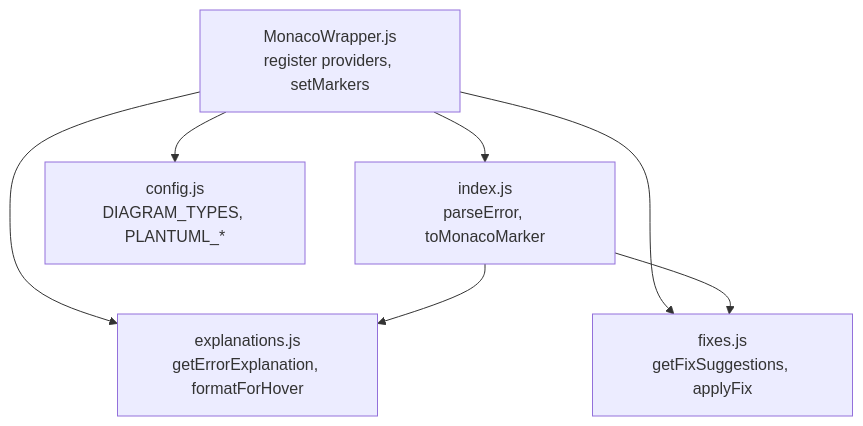
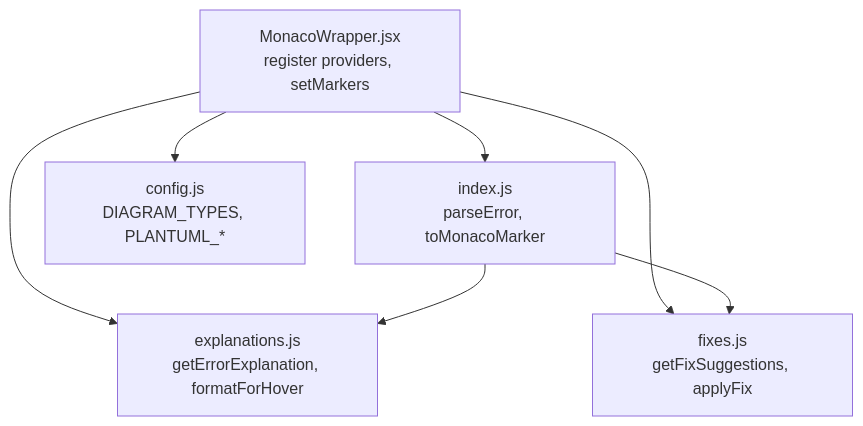
Before and after one commit to ongchonghian/universal-diagram-editor: the third of 3 diagrams in .qoder/repowiki/en/content/Error Detection and Diagnostics.md, drawn with Mermaid. The commit also changed other lines of this file and 31 other files, not shown here.

````diff
--- a/.qoder/repowiki/en/content/Error Detection and Diagnostics.md
+++ b/.qoder/repowiki/en/content/Error Detection and Diagnostics.md
@@ -275,14 +269,14 @@
 ```mermaid
 graph TB
 IDX["index.js<br/>parseError, toMonacoMarker"]
 EXPL["explanations.js<br/>getErrorExplanation, formatForHover"]
 FIXES["fixes.js<br/>getFixSuggestions, applyFix"]
-WRAP["MonacoWrapper.js<br/>register providers, setMarkers"]
+WRAP["MonacoWrapper.jsx<br/>register providers, setMarkers"]
 CFG["config.js<br/>DIAGRAM_TYPES, PLANTUML_*"]
 WRAP --> IDX
 WRAP --> EXPL
 WRAP --> FIXES
 WRAP --> CFG
 IDX --> EXPL
 IDX --> FIXES
 ```
````
